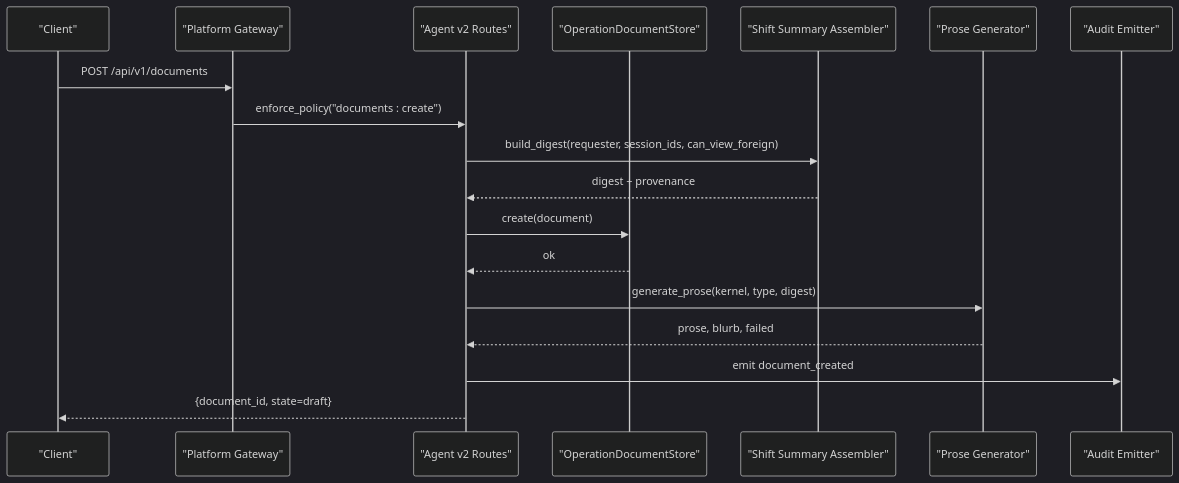
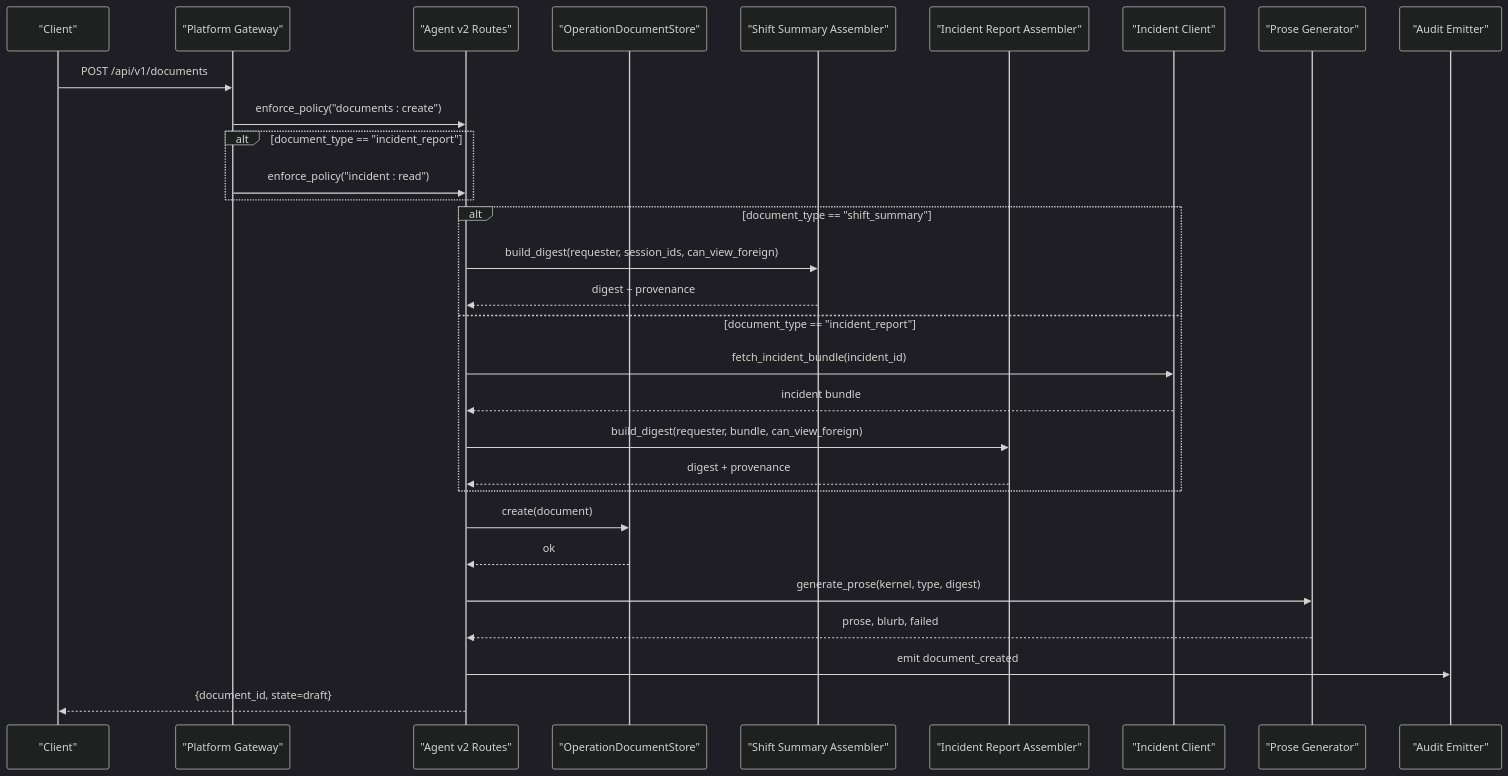
One commit to metasync/luban-aiops changed the second of 10 diagrams in .qoder/repowiki/en/content/Architecture Documentation/SPEC-039_ Operations Document Repository Specification.md. Above: the diagram before and after it, drawn with Mermaid (dark theme). The commit also changed other lines of this file and 72 other files, not shown here.

````diff
--- a/.qoder/repowiki/en/content/Architecture Documentation/SPEC-039_ Operations Document Repository Specification.md
+++ b/.qoder/repowiki/en/content/Architecture Documentation/SPEC-039_ Operations Document Repository Specification.md
@@ -135,20 +142,32 @@
 ```mermaid
 sequenceDiagram
 participant Client as "Client"
 participant Gateway as "Platform Gateway"
 participant Routes as "Agent v2 Routes"
 participant Store as "OperationDocumentStore"
 participant Asm as "Shift Summary Assembler"
+participant IncAsm as "Incident Report Assembler"
+participant IncClient as "Incident Client"
 participant Prose as "Prose Generator"
 participant Audit as "Audit Emitter"
 Client->>Gateway : POST /api/v1/documents
 Gateway->>Routes : enforce_policy("documents : create")
+alt document_type == "incident_report"
+Gateway->>Routes : enforce_policy("incident : read")
+end
+alt document_type == "shift_summary"
 Routes->>Asm : build_digest(requester, session_ids, can_view_foreign)
 Asm-->>Routes : digest + provenance
+else document_type == "incident_report"
+Routes->>IncClient : fetch_incident_bundle(incident_id)
+IncClient-->>Routes : incident bundle
+Routes->>IncAsm : build_digest(requester, bundle, can_view_foreign)
+IncAsm-->>Routes : digest + provenance
+end
 Routes->>Store : create(document)
 Store-->>Routes : ok
 Routes->>Prose : generate_prose(kernel, type, digest)
 Prose-->>Routes : prose, blurb, failed
 Routes->>Audit : emit document_created
 Routes-->>Client : {document_id, state=draft}
 ```
````
